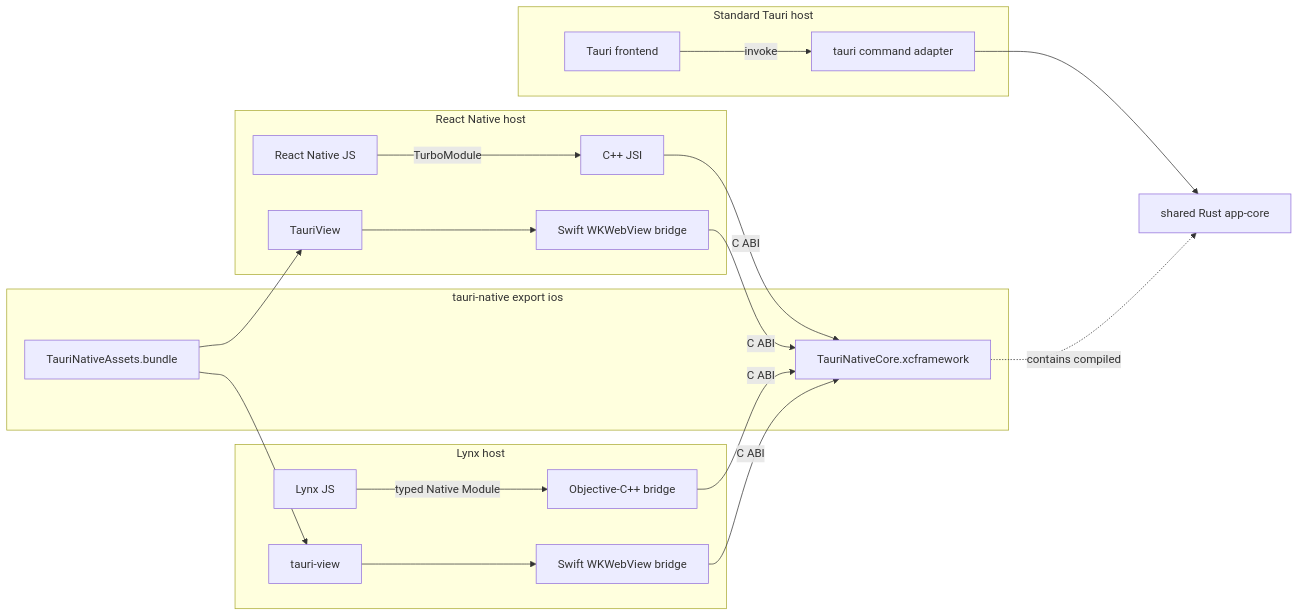
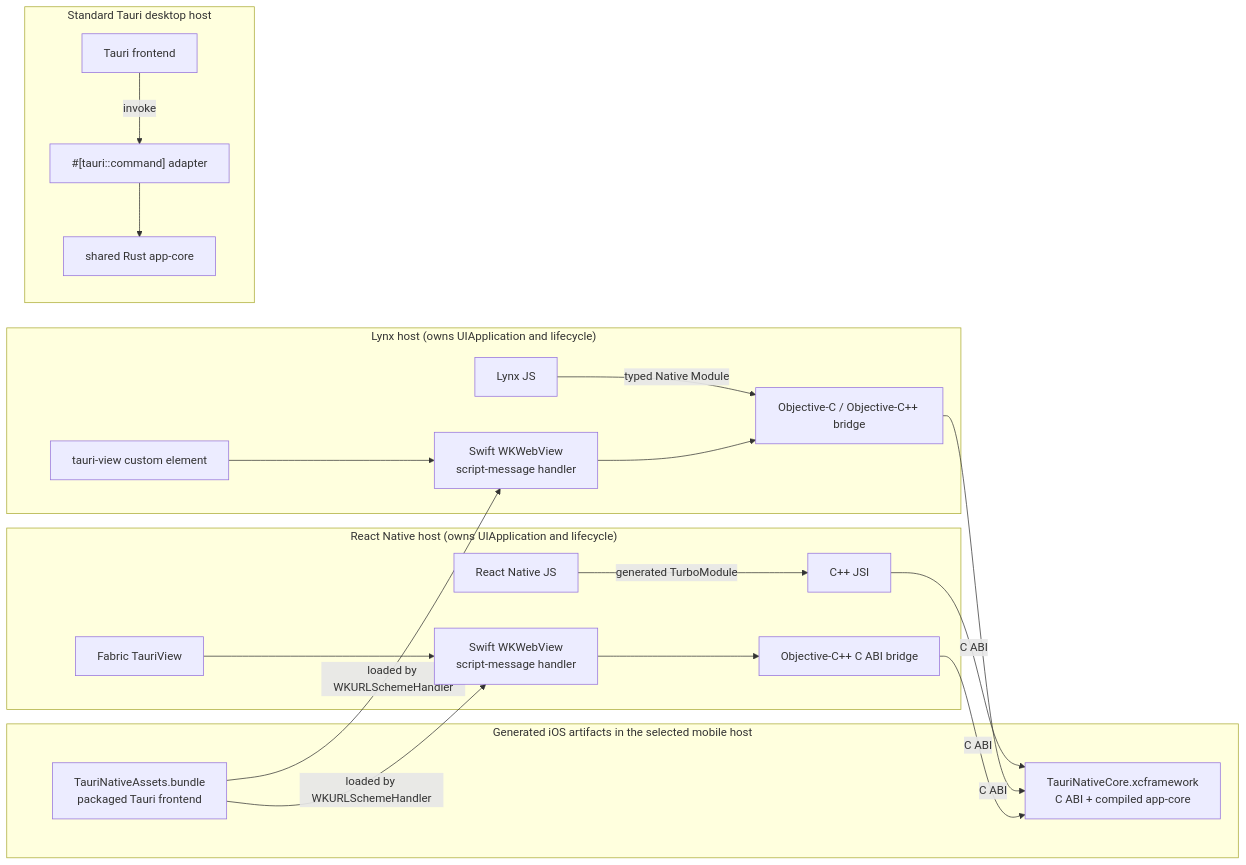
Before and after one commit to gronxb/tauri-native: the second of 2 diagrams in README.md, drawn with Mermaid. The commit also changed other lines of this file, not shown here.

Commit message:
docs: clarify native architecture flows

````diff
--- a/README.md
+++ b/README.md
@@ -88,30 +129,30 @@
 ```mermaid
 flowchart LR
-  subgraph RN[React Native host]
-    RNJS[React Native JS] -->|TurboModule| JSI[C++ JSI]
-    RNVIEW[TauriView] --> RNWEBVIEW[Swift WKWebView bridge]
+  subgraph GENERATED["Generated iOS artifacts in the selected mobile host"]
+    ASSETS["TauriNativeAssets.bundle<br/>packaged Tauri frontend"]
+    XC["TauriNativeCore.xcframework<br/>C ABI + compiled app-core"]
   end
 
-  subgraph LYNX[Lynx host]
-    LYNXJS[Lynx JS] -->|typed Native Module| LYNXBRIDGE[Objective-C++ bridge]
-    LYNXVIEW[tauri-view] --> LYNXWEBVIEW[Swift WKWebView bridge]
+  subgraph RN["React Native host (owns UIApplication and lifecycle)"]
+    RNJS["React Native JS"] -->|"generated TurboModule"| JSI["C++ JSI"]
+    RNVIEW["Fabric TauriView"] --> RNWEBVIEW["Swift WKWebView<br/>script-message handler"]
+    RNWEBVIEW --> RNOBJC["Objective-C++ C ABI bridge"]
   end
 
-  subgraph OUTPUT[tauri-native export ios]
-    ASSETS[TauriNativeAssets.bundle]
-    XC[TauriNativeCore.xcframework]
+  subgraph LYNX["Lynx host (owns UIApplication and lifecycle)"]
+    LYNXJS["Lynx JS"] -->|"typed Native Module"| LYNXBRIDGE["Objective-C / Objective-C++ bridge"]
+    LYNXVIEW["tauri-view custom element"] --> LYNXWEBVIEW["Swift WKWebView<br/>script-message handler"]
+    LYNXWEBVIEW --> LYNXBRIDGE
   end
 
-  subgraph DESKTOP[Standard Tauri host]
-    WEB[Tauri frontend] -->|invoke| COMMAND[tauri command adapter]
+  subgraph DESKTOP["Standard Tauri desktop host"]
+    WEB["Tauri frontend"] -->|"invoke"| COMMAND["#[tauri::command] adapter"]
+    COMMAND --> DESKTOP_CORE["shared Rust app-core"]
   end
 
-  ASSETS --> RNVIEW
-  ASSETS --> LYNXVIEW
+  ASSETS -->|"loaded by WKURLSchemeHandler"| RNWEBVIEW
+  ASSETS -->|"loaded by WKURLSchemeHandler"| LYNXWEBVIEW
   JSI -->|C ABI| XC
-  RNWEBVIEW -->|C ABI| XC
   LYNXBRIDGE -->|C ABI| XC
-  LYNXWEBVIEW -->|C ABI| XC
-  COMMAND --> CORE[shared Rust app-core]
-  XC -. contains compiled .-> CORE
+  RNOBJC -->|C ABI| XC
 ```
````
